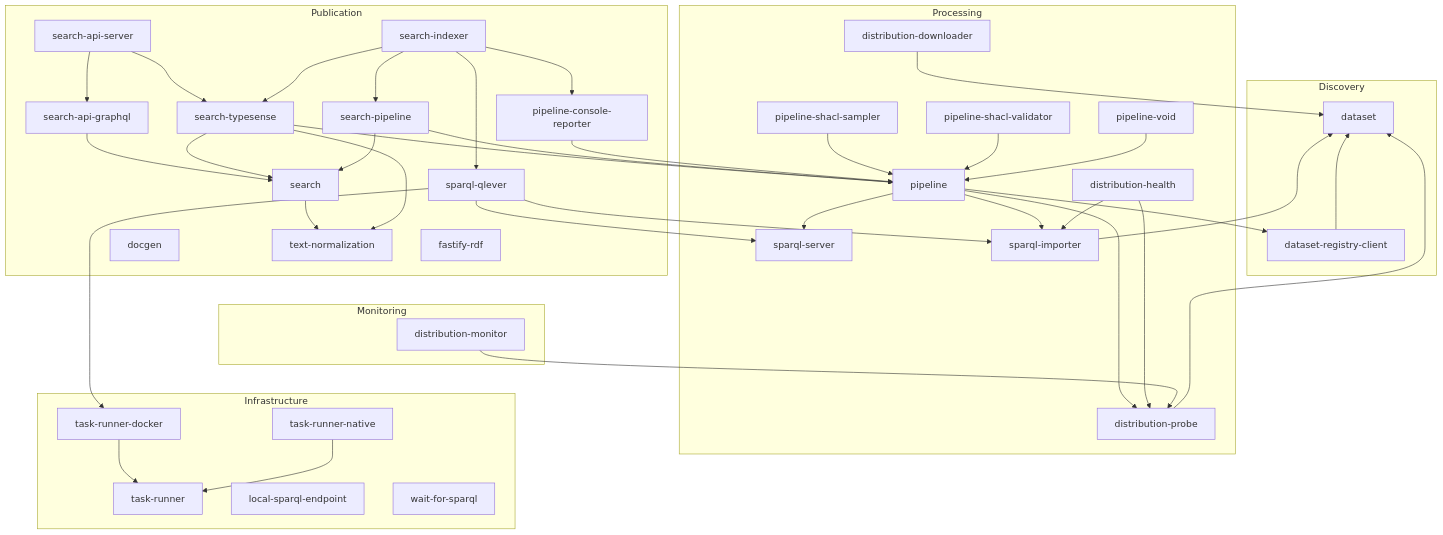
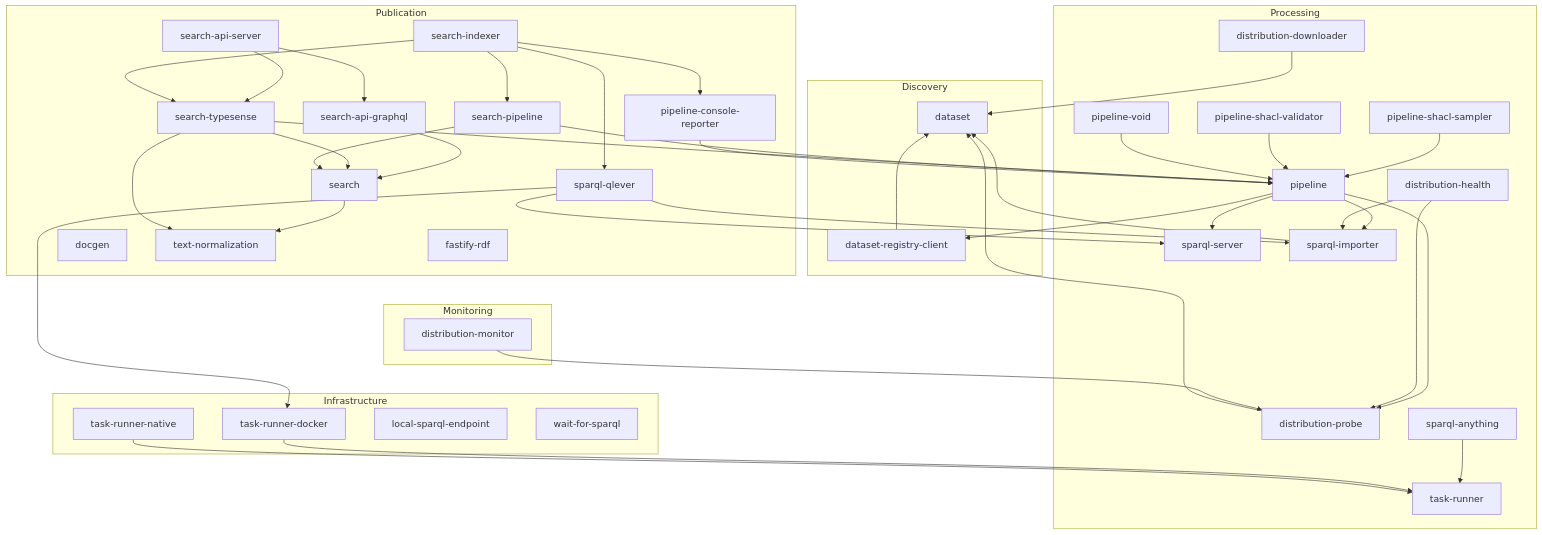
The diagram in docs/guide/architecture.md (ldelements/lde), drawn with Mermaid before and after one commit. The commit also changed 22 other files, not shown here.

First line of the commit message:
feat(sparql-anything): add SparqlAnythingConverter for chunked non-RDF to RDF conversion (#511)

````diff
--- a/docs/guide/architecture.md
+++ b/docs/guide/architecture.md
@@ -19,59 +19,60 @@
 ```mermaid
 %%{init: {"flowchart": {"useMaxWidth": false}}}%%
 graph TD
   subgraph Discovery
     dataset
     dataset-registry-client --> dataset
   end
 
   subgraph Processing
     pipeline --> dataset-registry-client
     pipeline --> sparql-server
     pipeline --> sparql-importer
     pipeline-shacl-sampler --> pipeline
     pipeline-shacl-validator --> pipeline
     pipeline-void --> pipeline
     distribution-downloader --> dataset
     distribution-probe --> dataset
     pipeline --> distribution-probe
     sparql-importer --> dataset
+    sparql-anything --> task-runner
     distribution-health --> distribution-probe
     distribution-health --> sparql-importer
   end
 
   subgraph Publication
     fastify-rdf
     docgen
     search --> text-normalization
     search-api-graphql --> search
     search-api-server --> search-api-graphql
     search-api-server --> search-typesense
     search-typesense --> search
     search-typesense --> text-normalization
     search-typesense --> pipeline
     search-pipeline --> search
     search-pipeline --> pipeline
     search-indexer --> search-pipeline
     search-indexer --> search-typesense
     search-indexer --> sparql-qlever
     search-indexer --> pipeline-console-reporter
   end
 
   subgraph Monitoring
     pipeline-console-reporter --> pipeline
     distribution-monitor --> distribution-probe
   end
 
   subgraph Infrastructure
     sparql-qlever --> sparql-importer
     sparql-qlever --> sparql-server
     sparql-qlever --> task-runner-docker
     task-runner-docker --> task-runner
     task-runner-native --> task-runner
     sparql-server
     local-sparql-endpoint
     wait-for-sparql
   end
 
   Discovery ~~~ Processing ~~~ Publication ~~~ Monitoring ~~~ Infrastructure
 ```
````
